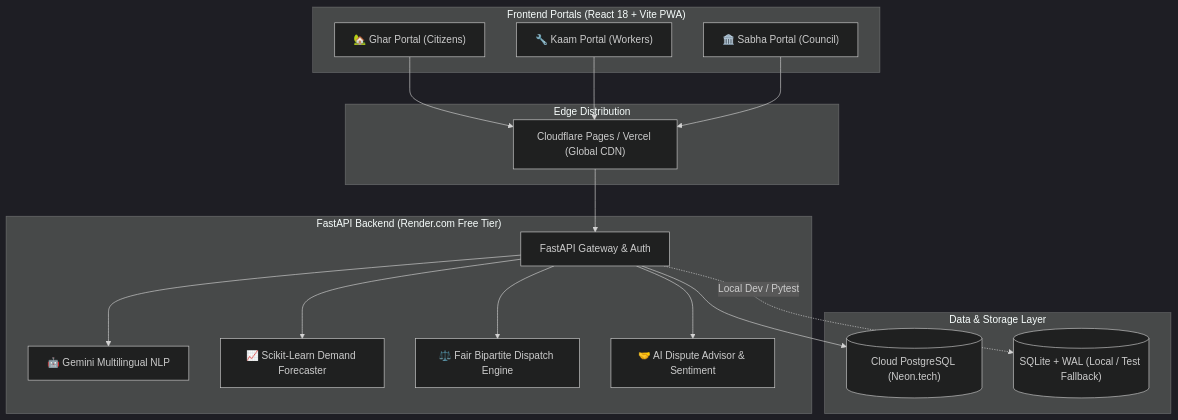
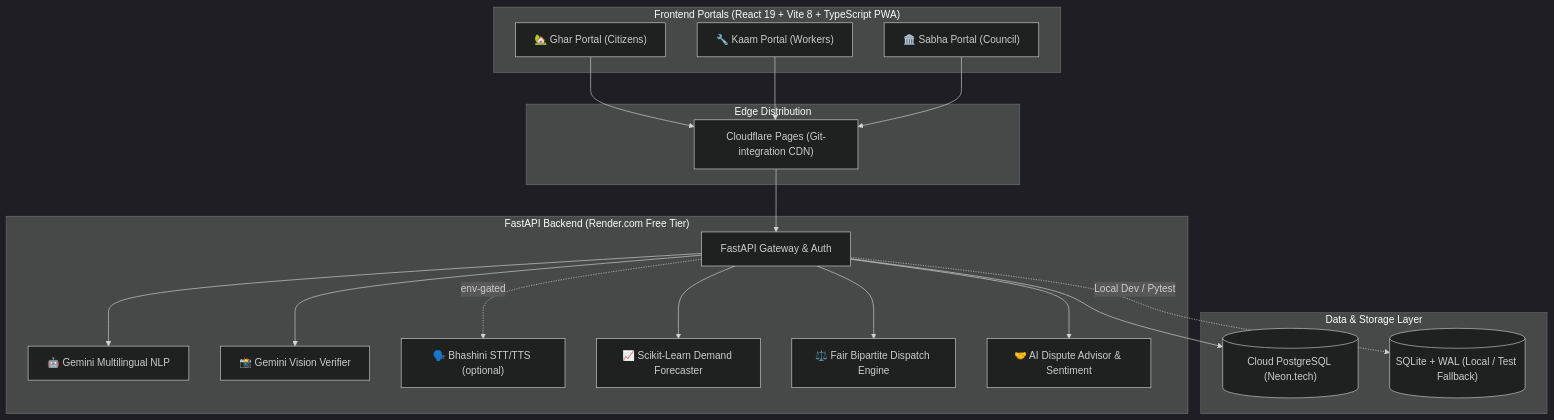
One commit to Aadi-j08/SIH-2026 changed the diagram in README.md. Above: the diagram before and after it, drawn with Mermaid (dark theme). The commit also changed other lines of this file, not shown here.

````diff
--- a/README.md
+++ b/README.md
@@ -39,39 +41,43 @@
 ```mermaid
 flowchart TD
-    subgraph CLIENTS["Frontend Portals (React 18 + Vite PWA)"]
+    subgraph CLIENTS["Frontend Portals (React 19 + Vite 8 + TypeScript PWA)"]
         GHAR["🏡 Ghar Portal (Citizens)"]
         KAAM["🔧 Kaam Portal (Workers)"]
         SABHA["🏛️ Sabha Portal (Council)"]
     end
 
     subgraph CDN["Edge Distribution"]
-        CF["Cloudflare Pages / Vercel (Global CDN)"]
+        CF["Cloudflare Pages (Git-integration CDN)"]
     end
 
     subgraph BACKEND["FastAPI Backend (Render.com Free Tier)"]
         API["FastAPI Gateway & Auth"]
         GEMINI["🤖 Gemini Multilingual NLP"]
+        VISION["📸 Gemini Vision Verifier"]
+        BHASHINI["🗣️ Bhashini STT/TTS (optional)"]
         SKLEARN["📈 Scikit-Learn Demand Forecaster"]
         ALLOC["⚖️ Fair Bipartite Dispatch Engine"]
         DISPUTE["🤝 AI Dispute Advisor & Sentiment"]
     end
 
     subgraph STORAGE["Data & Storage Layer"]
         PG[("Cloud PostgreSQL (Neon.tech)")]
         SQLITE[("SQLite + WAL (Local / Test Fallback)")]
     end
 
     GHAR --> CF
     KAAM --> CF
     SABHA --> CF
 
     CF --> API
 
     API --> GEMINI
+    API --> VISION
+    API -.->|env-gated| BHASHINI
     API --> SKLEARN
     API --> ALLOC
     API --> DISPUTE
 
     API --> PG
     API -.->|Local Dev / Pytest| SQLITE
 ```
````
